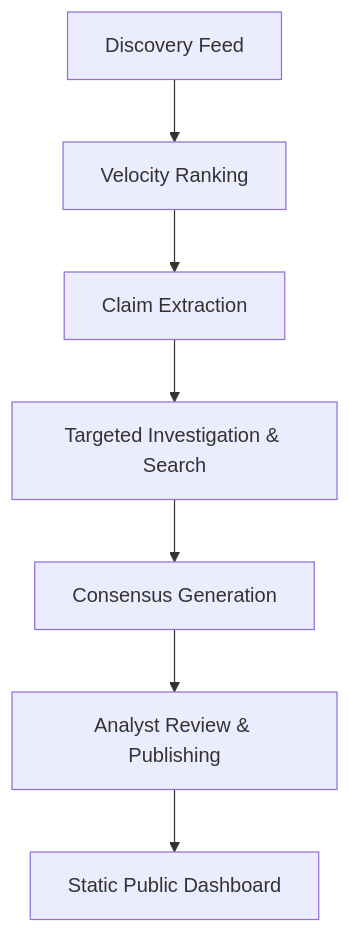
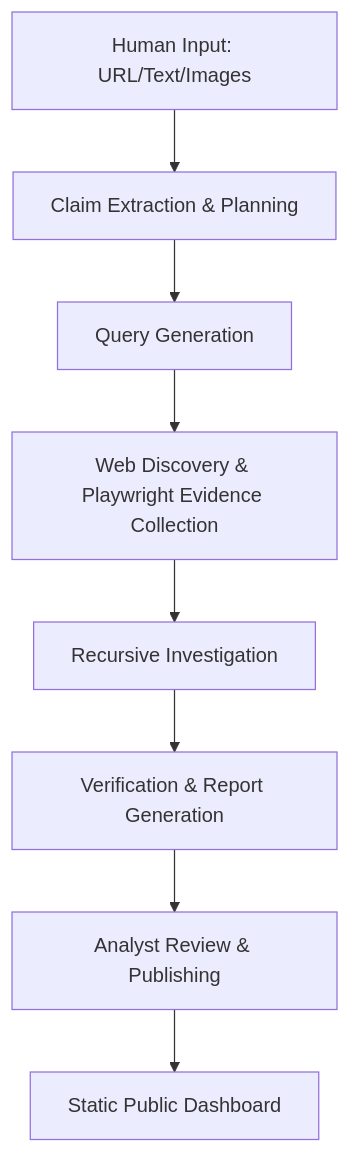
The diagram in README.md (pratyakshkwatra/factline.one), drawn with Mermaid before and after one commit. The commit also changed other lines of this file, not shown here.

Commit message:
refactor(architecture): migrate to human-guided investigations

````diff
--- a/README.md
+++ b/README.md
@@ -63,9 +66,10 @@
 ```mermaid
 graph TD
-    A[Discovery Feed] --> B[Velocity Ranking]
-    B --> C[Claim Extraction]
-    C --> D[Targeted Investigation & Search]
-    D --> E[Consensus Generation]
-    E --> F[Analyst Review & Publishing]
-    F --> G[Static Public Dashboard]
+    A[Human Input: URL/Text/Images] --> B[Claim Extraction & Planning]
+    B --> C[Query Generation]
+    C --> D[Web Discovery & Playwright Evidence Collection]
+    D --> E[Recursive Investigation]
+    E --> F[Verification & Report Generation]
+    F --> G[Analyst Review & Publishing]
+    G --> H[Static Public Dashboard]
 ```
````
